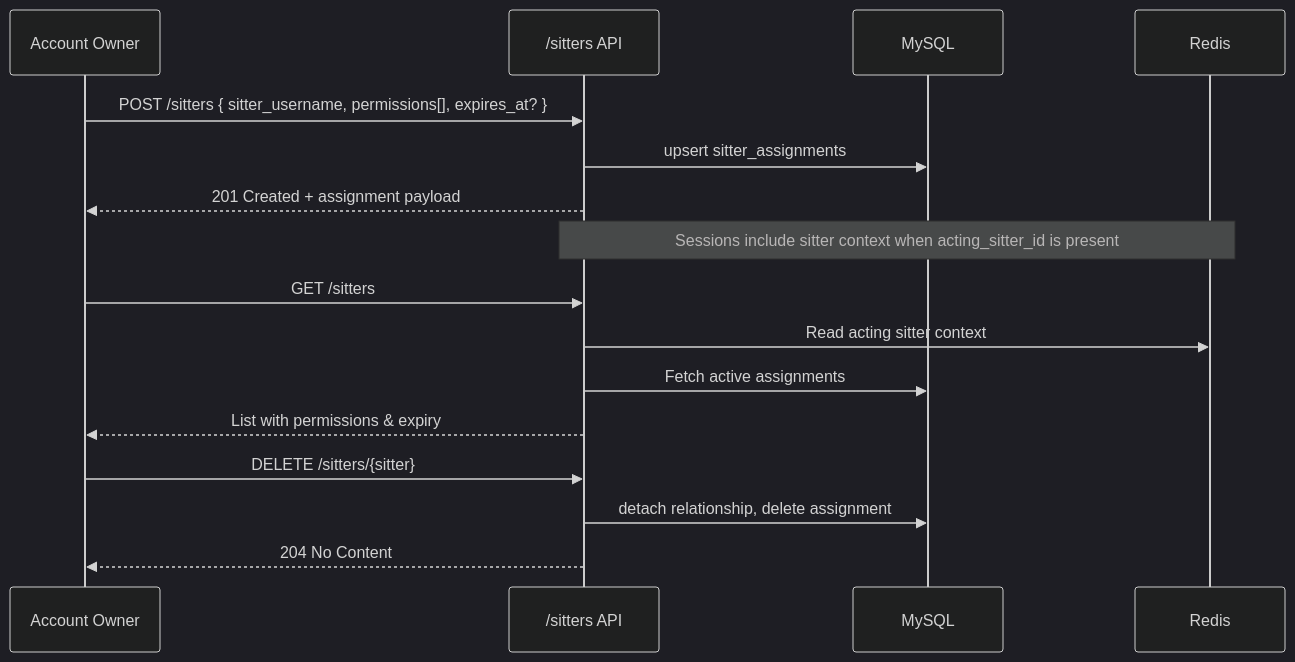
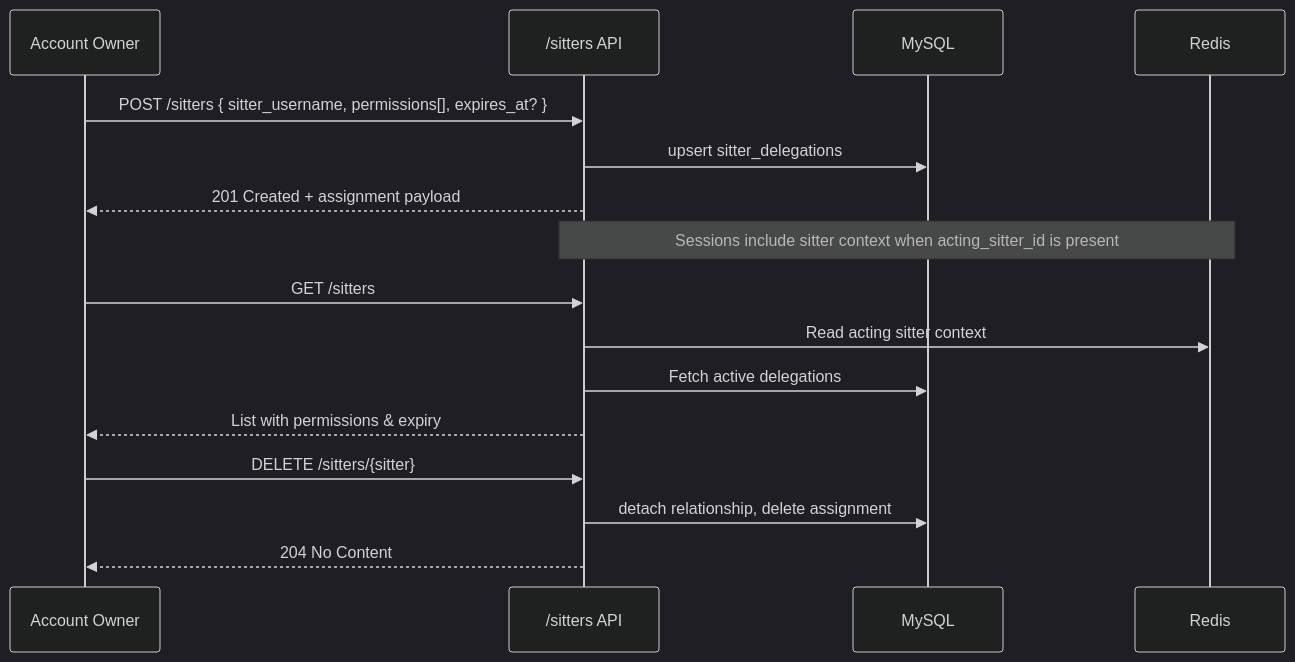
Before and after one commit to goleaf/traviant46.prus.dev: the third of 4 diagrams in README.md, drawn with Mermaid (dark theme). The commit also changed other lines of this file and 6 other files, not shown here.

````diff
--- a/README.md
+++ b/README.md
@@ -79,19 +79,19 @@
 ```mermaid
 sequenceDiagram
     participant Owner as Account Owner
     participant API as /sitters API
     participant MySQL
     participant Redis
 
     Owner->>API: POST /sitters { sitter_username, permissions[], expires_at? }
-    API->>MySQL: upsert sitter_assignments
+    API->>MySQL: upsert sitter_delegations
     API-->>Owner: 201 Created + assignment payload
     Note over API,Redis: Sessions include sitter context when acting_sitter_id is present
     Owner->>API: GET /sitters
     API->>Redis: Read acting sitter context
-    API->>MySQL: Fetch active assignments
+    API->>MySQL: Fetch active delegations
     API-->>Owner: List with permissions & expiry
     Owner->>API: DELETE /sitters/{sitter}
     API->>MySQL: detach relationship, delete assignment
     API-->>Owner: 204 No Content
 ```
````
